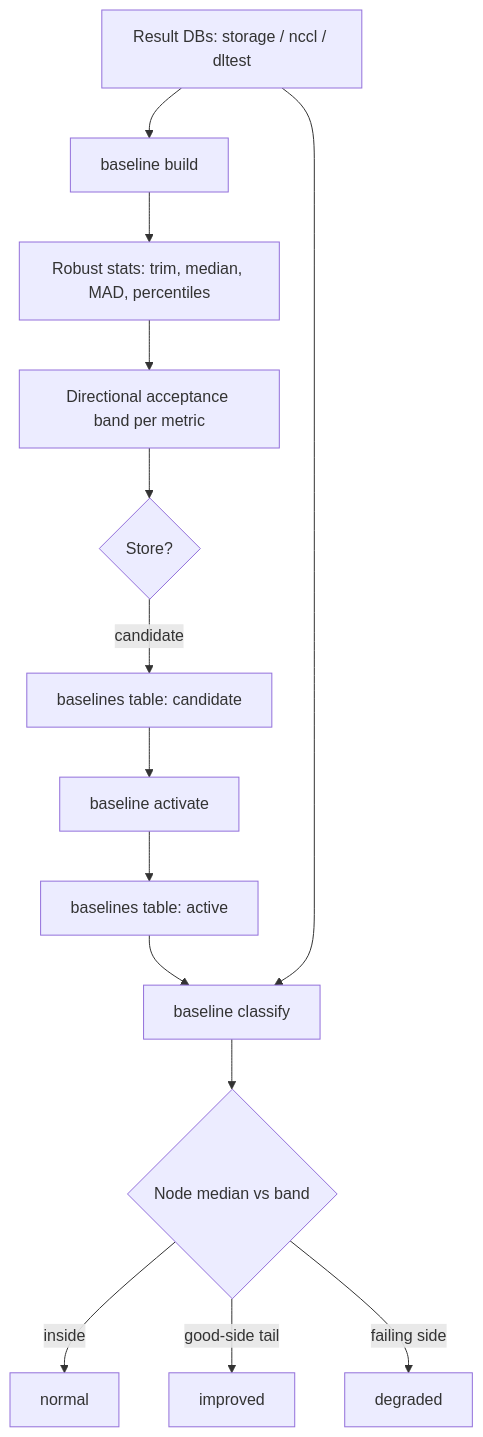
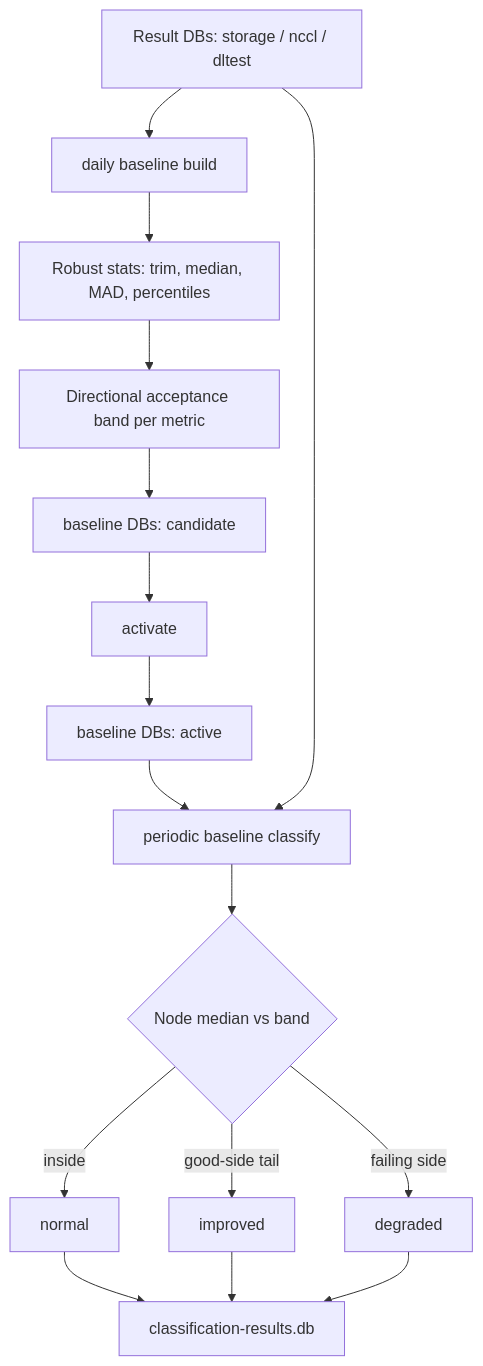
Before and after one commit to IamNirmata/c-val: the fifth of 5 diagrams in docs/workflow.md, drawn with Mermaid. The commit also changed other lines of this file and 24 other files, not shown here.

Commit message:
add overview results exports and baseline services

````diff
--- a/docs/workflow.md
+++ b/docs/workflow.md
@@ -120,16 +125,18 @@
 ```mermaid
 flowchart TD
-    A[Result DBs: storage / nccl / dltest] --> B[baseline build]
+    A[Result DBs: storage / nccl / dltest] --> B[daily baseline build]
     B --> C[Robust stats: trim, median, MAD, percentiles]
     C --> D[Directional acceptance band per metric]
-    D --> E{Store?}
-    E -- candidate --> F[baselines table: candidate]
-    F --> G[baseline activate]
-    G --> H[baselines table: active]
-    H --> I[baseline classify]
+    D --> F[baseline DBs: candidate]
+    F --> G[activate]
+    G --> H[baseline DBs: active]
+    H --> I[periodic baseline classify]
     A --> I
     I --> J{Node median vs band}
     J -- inside --> K[normal]
     J -- good-side tail --> L[improved]
     J -- failing side --> M[degraded]
+    K --> N[classification-results.db]
+    L --> N
+    M --> N
 ```
````
